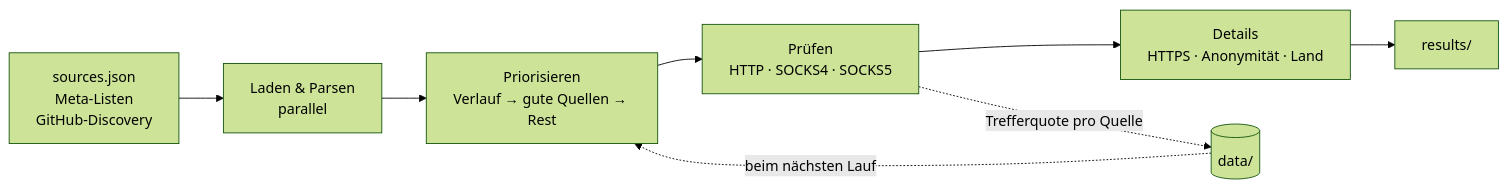
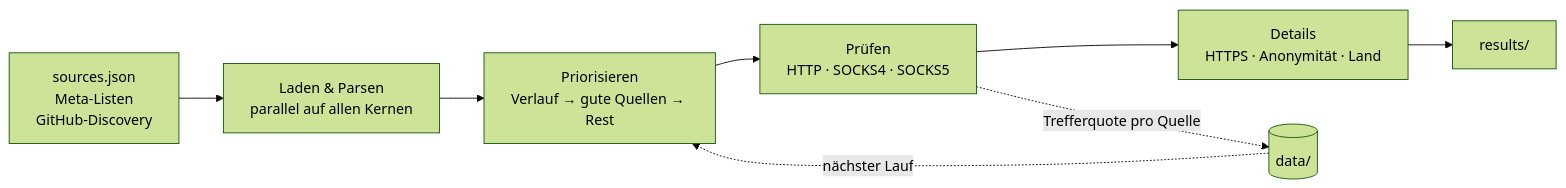
The diagram in README.md (maximilianfeix/proxy-scraper), drawn with Mermaid (forest theme) before and after one commit. The commit also changed other lines of this file, not shown here.

````diff
--- a/README.md
+++ b/README.md
@@ -71,10 +180,10 @@
 ```mermaid
 flowchart LR
-    A[sources.json<br/>Meta-Listen<br/>GitHub-Discovery] --> B[Laden & Parsen<br/>parallel]
+    A[sources.json<br/>Meta-Listen<br/>GitHub-Discovery] --> B[Laden & Parsen<br/>parallel auf allen Kernen]
     B --> C[Priorisieren<br/>Verlauf → gute Quellen → Rest]
     C --> D[Prüfen<br/>HTTP · SOCKS4 · SOCKS5]
     D --> E[Details<br/>HTTPS · Anonymität · Land]
     E --> F[results/]
     D -. Trefferquote pro Quelle .-> G[(data/)]
-    G -. beim nächsten Lauf .-> C
+    G -. nächster Lauf .-> C
 ```
````
